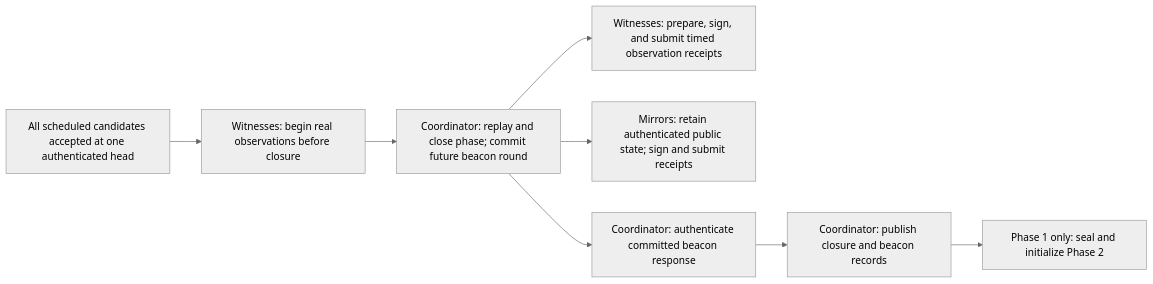
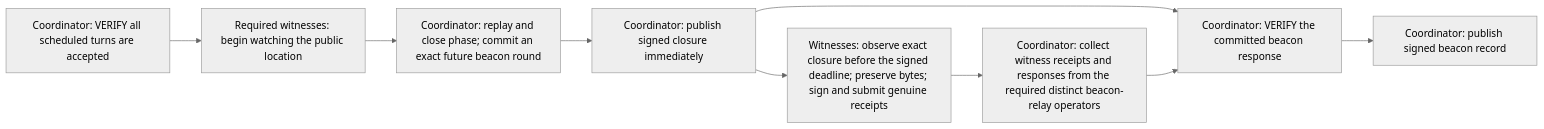
Before and after one commit to zksecurity/relay: the fourth of 7 diagrams in docs/ceremony-flow.md, drawn with Mermaid (neutral theme). The commit also changed other lines of this file and 1 other file, not shown here.

Commit message:
docs: make ceremony flow explicit

````diff
--- a/docs/ceremony-flow.md
+++ b/docs/ceremony-flow.md
@@ -74,15 +106,15 @@
 ```mermaid
 flowchart LR
-  H["All scheduled candidates accepted at one authenticated head"]
-  W["Witnesses: begin real observations before closure"]
-  C1["Coordinator: replay and close phase; commit future beacon round"]
-  W1["Witnesses: prepare, sign, and submit timed observation receipts"]
-  M["Mirrors: retain authenticated public state; sign and submit receipts"]
-  B["Coordinator: authenticate committed beacon response"]
-  P["Coordinator: publish closure and beacon records"]
-  N["Phase 1 only: seal and initialize Phase 2"]
-  H --> W --> C1
-  C1 --> W1
-  C1 --> M
-  C1 --> B --> P --> N
+  H["Coordinator: VERIFY all scheduled turns are accepted"]
+  W0["Required witnesses: begin watching the public location"]
+  C1["Coordinator: replay and close phase; commit an exact future beacon round"]
+  P1["Coordinator: publish signed closure immediately"]
+  W1["Witnesses: observe exact closure before the signed deadline; preserve bytes; sign and submit genuine receipts"]
+  R["Coordinator: collect witness receipts and responses from the required distinct beacon-relay operators"]
+  B["Coordinator: VERIFY the committed beacon response"]
+  P2["Coordinator: publish signed beacon record"]
+  H --> W0 --> C1 --> P1
+  P1 --> W1 --> R
+  P1 --> B
+  R --> B --> P2
 ```
````
